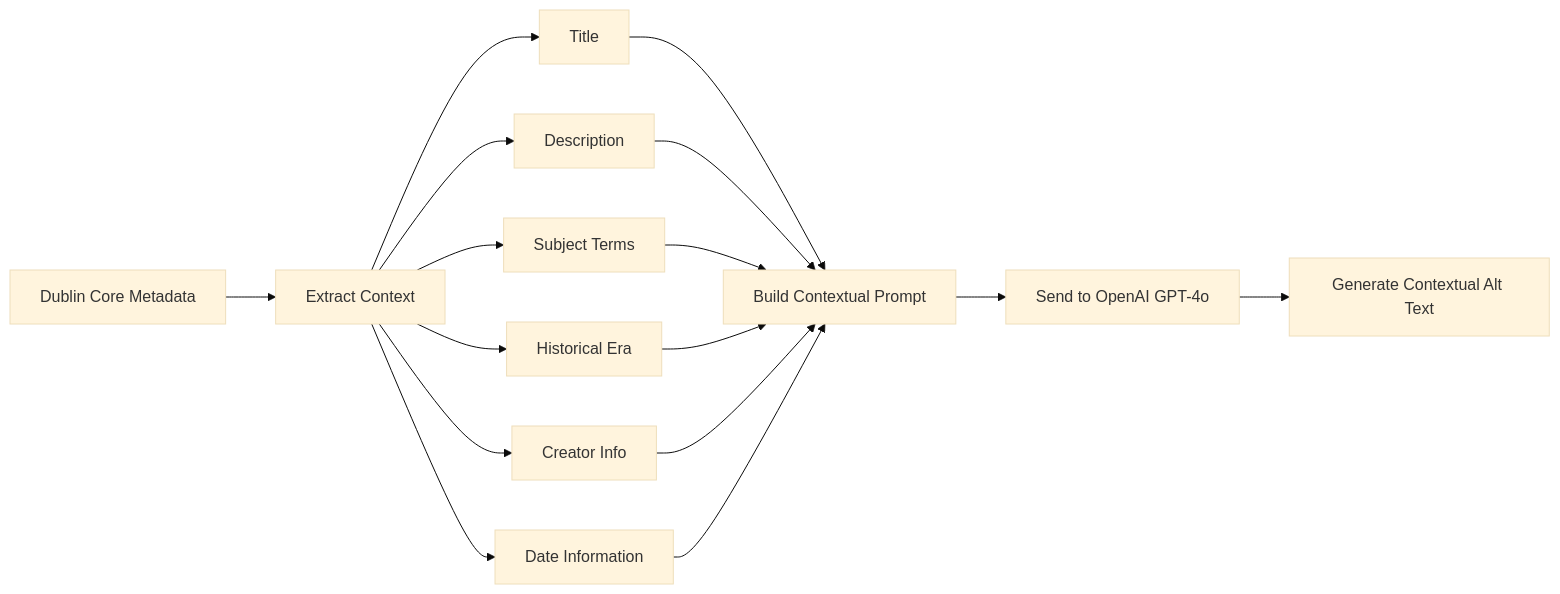
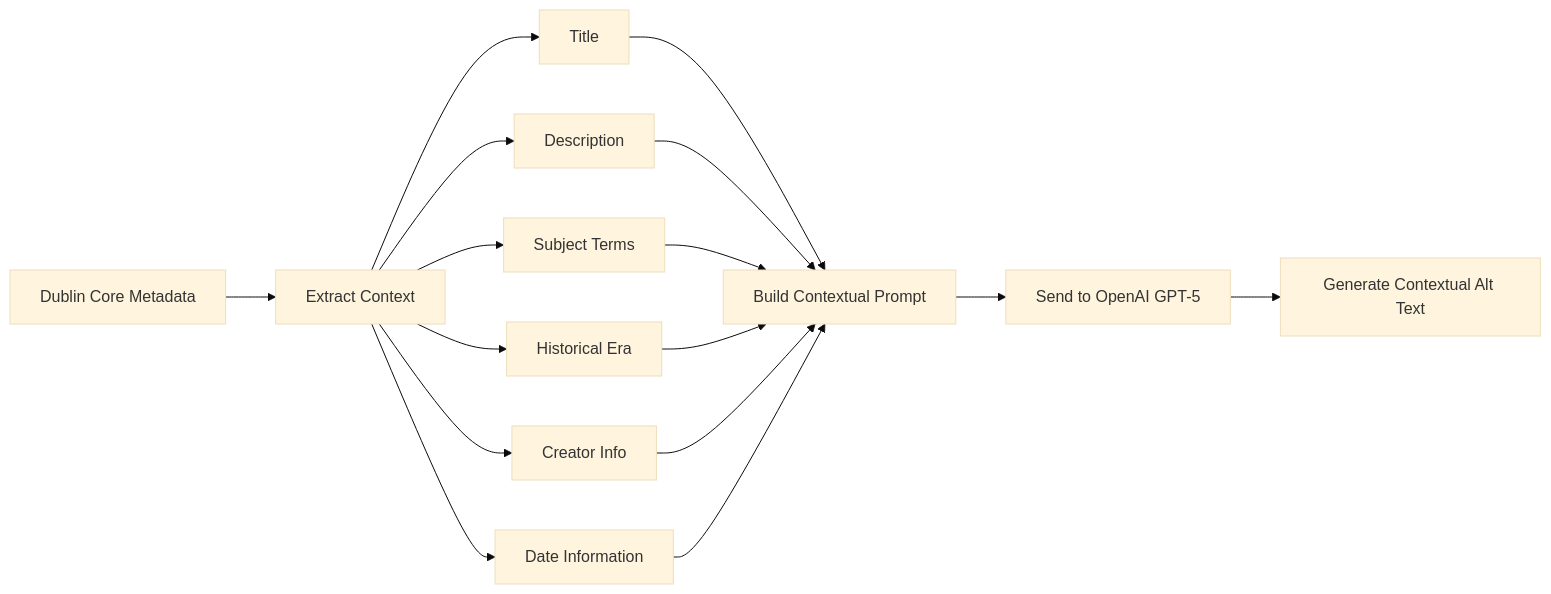
Before and after one commit to maehr/dublin-core-metadata-enhancer: the fifth of 7 diagrams in documentation/metadata-enhancement.md, drawn with Mermaid (base theme). The commit also changed other lines of this file and 6 other files, not shown here.

````diff
--- a/documentation/metadata-enhancement.md
+++ b/documentation/metadata-enhancement.md
@@ -173,20 +173,20 @@
 ```{mermaid}
 graph LR
     A[Dublin Core Metadata] --> B[Extract Context]
     B --> C[Title]
     B --> D[Description]
     B --> E[Subject Terms]
     B --> F[Historical Era]
     B --> G[Creator Info]
     B --> H[Date Information]
 
     C --> I[Build Contextual Prompt]
     D --> I
     E --> I
     F --> I
     G --> I
     H --> I
 
-    I --> J[Send to OpenAI GPT-4o]
+    I --> J[Send to OpenAI GPT-5]
     J --> K[Generate Contextual Alt Text]
 ```
````
